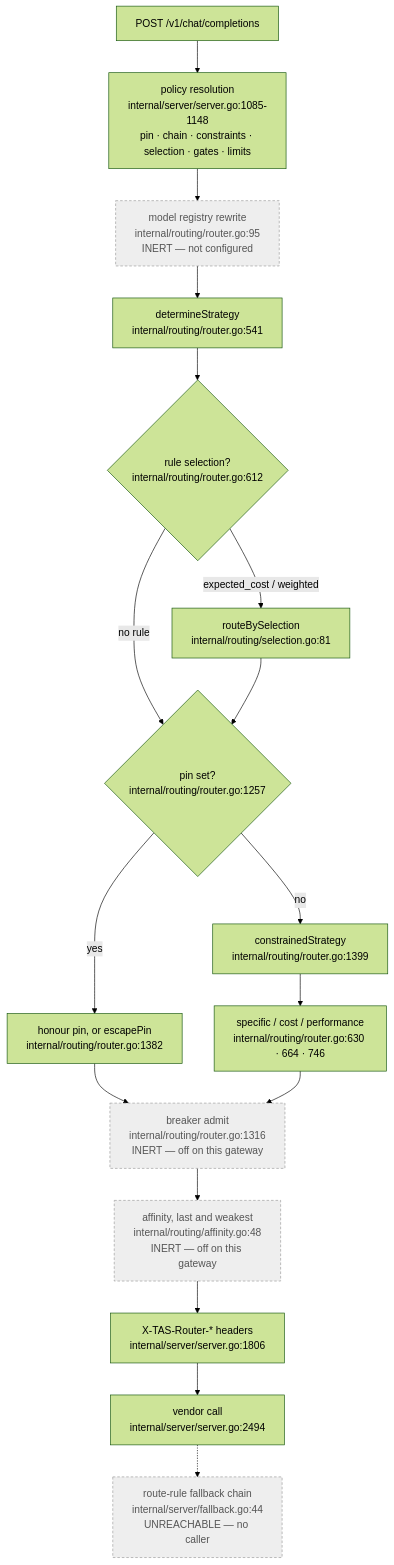
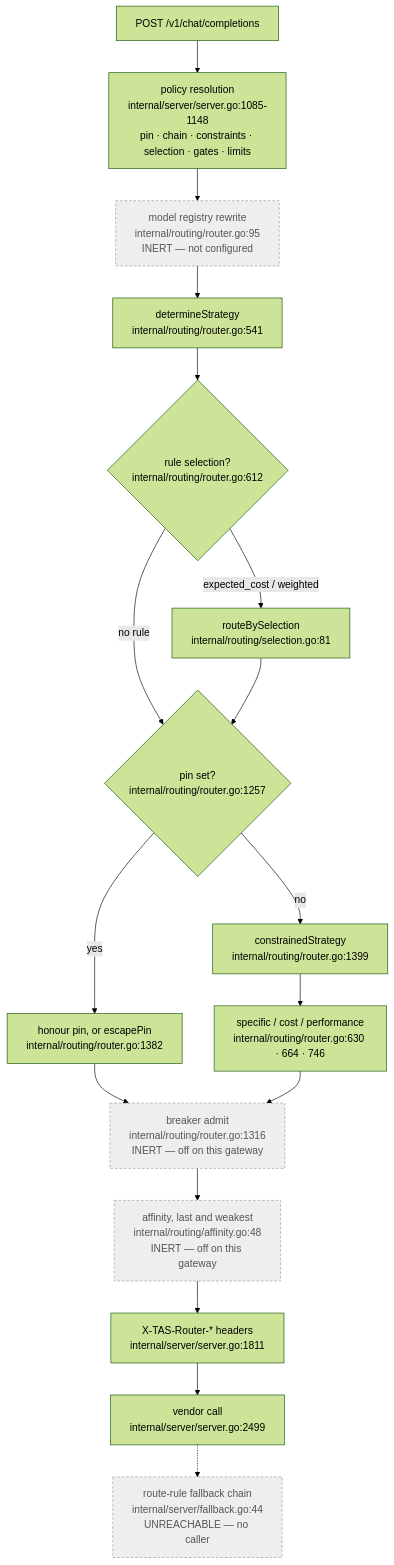
Before and after one commit to Tributary-ai-services/tas-llm-router: the diagram in docs/concept/routing.md, drawn with Mermaid (forest theme). The commit also changed other lines of this file and 3 other files, not shown here.

````diff
--- a/docs/concept/routing.md
+++ b/docs/concept/routing.md
@@ -251,21 +262,21 @@
 ```mermaid
 flowchart TD
   A["POST /v1/chat/completions"] --> B["policy resolution<br/>internal/server/server.go:1085-1148<br/>pin · chain · constraints · selection · gates · limits"]
   B --> R["model registry rewrite<br/>internal/routing/router.go:95<br/>INERT — not configured"]
   R --> C["determineStrategy<br/>internal/routing/router.go:541"]
   C --> D{"rule selection?<br/>internal/routing/router.go:612"}
   D -- "expected_cost / weighted" --> E["routeBySelection<br/>internal/routing/selection.go:81"]
   D -- "no rule" --> F{"pin set?<br/>internal/routing/router.go:1257"}
   E --> F
   F -- yes --> G["honour pin, or escapePin<br/>internal/routing/router.go:1382"]
   F -- no --> H["constrainedStrategy<br/>internal/routing/router.go:1399"]
   H --> I["specific / cost / performance<br/>internal/routing/router.go:630 · 664 · 746"]
   G --> J["breaker admit<br/>internal/routing/router.go:1316<br/>INERT — off on this gateway"]
   I --> J
   J --> K["affinity, last and weakest<br/>internal/routing/affinity.go:48<br/>INERT — off on this gateway"]
-  K --> L["X-TAS-Router-* headers<br/>internal/server/server.go:1806"]
-  L --> M["vendor call<br/>internal/server/server.go:2494"]
+  K --> L["X-TAS-Router-* headers<br/>internal/server/server.go:1811"]
+  L --> M["vendor call<br/>internal/server/server.go:2499"]
   M -.-> N["route-rule fallback chain<br/>internal/server/fallback.go:44<br/>UNREACHABLE — no caller"]
   classDef inert fill:#eee,stroke:#999,stroke-dasharray:4 3,color:#555
   class R,J,K,N inert
 ```
````
